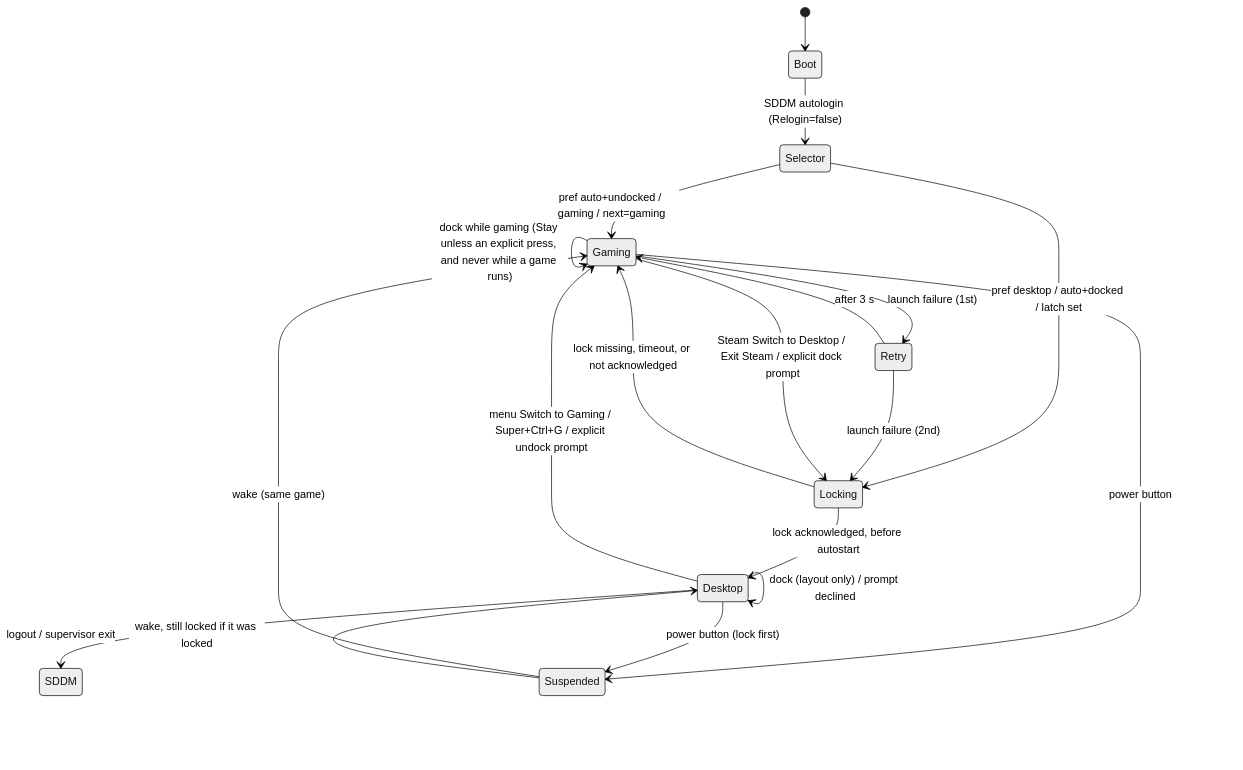
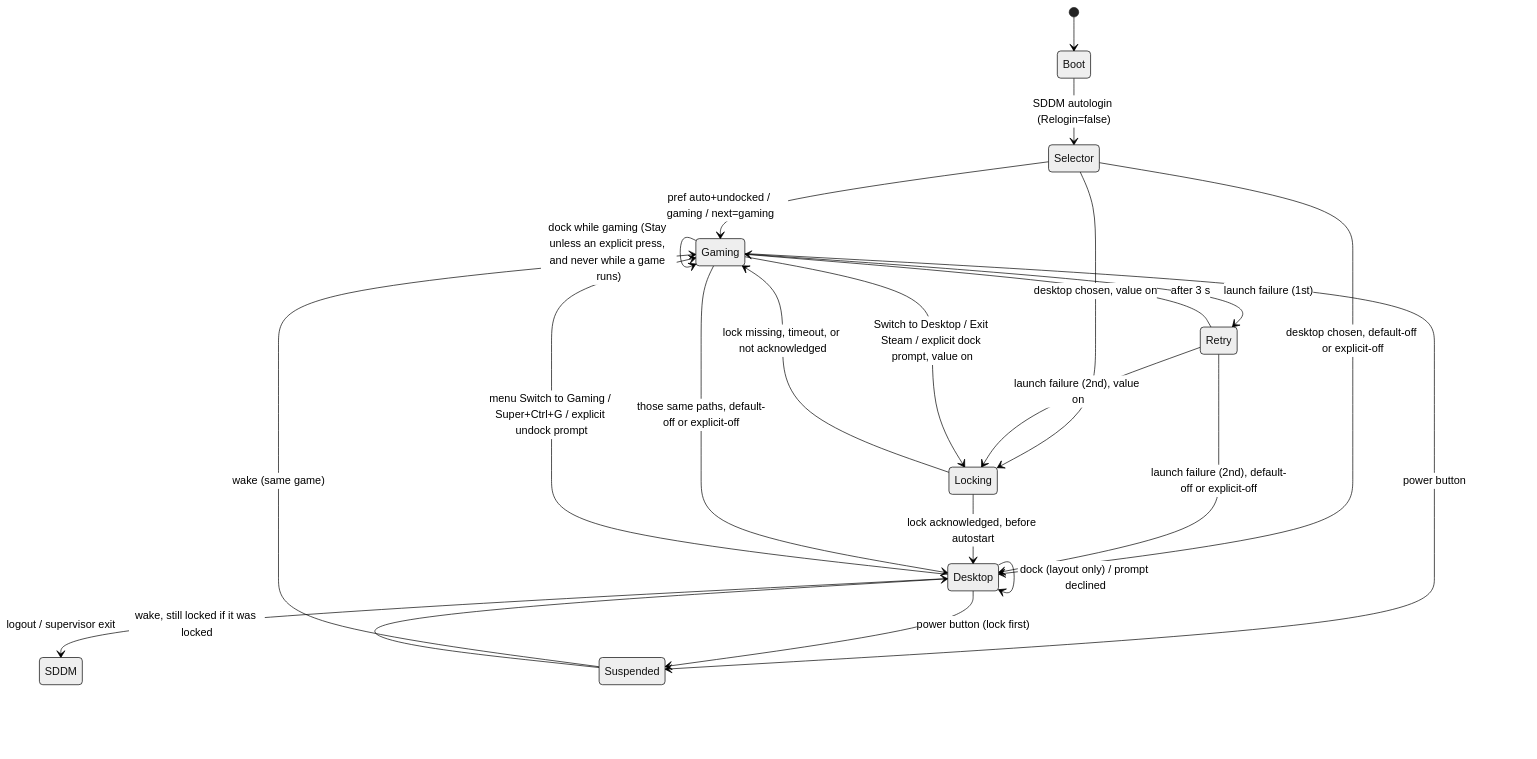
One commit to DanielJBurbridge/omarchy changed the diagram in docs/handheld/02-mode-switch-and-dock.md. Above: the diagram before and after it, drawn with Mermaid (neutral theme). The commit also changed other lines of this file and 2 other files, not shown here.

First line of the commit message:
Ship handheld desktop-lock off until the touch keyboard

````diff
--- a/docs/handheld/02-mode-switch-and-dock.md
+++ b/docs/handheld/02-mode-switch-and-dock.md
@@ -252,21 +263,24 @@
 ```mermaid
 stateDiagram-v2
     [*] --> Boot
     Boot --> Selector: SDDM autologin (Relogin=false)
     Selector --> Gaming: pref auto+undocked / gaming / next=gaming
-    Selector --> Locking: pref desktop / auto+docked / latch set
+    Selector --> Locking: desktop chosen, value on
+    Selector --> Desktop: desktop chosen, default-off or explicit-off
     Gaming --> Retry: launch failure (1st)
     Retry --> Gaming: after 3 s
-    Retry --> Locking: launch failure (2nd)
+    Retry --> Locking: launch failure (2nd), value on
+    Retry --> Desktop: launch failure (2nd), default-off or explicit-off
     Locking --> Desktop: lock acknowledged, before autostart
     Locking --> Gaming: lock missing, timeout, or not acknowledged
-    Gaming --> Locking: Steam Switch to Desktop / Exit Steam / explicit dock prompt
+    Gaming --> Locking: Switch to Desktop / Exit Steam / explicit dock prompt, value on
+    Gaming --> Desktop: those same paths, default-off or explicit-off
     Desktop --> Gaming: menu Switch to Gaming / Super+Ctrl+G / explicit undock prompt
     Gaming --> Gaming: dock while gaming (Stay unless an explicit press, and never while a game runs)
     Desktop --> Desktop: dock (layout only) / prompt declined
     Desktop --> SDDM: logout / supervisor exit
     Gaming --> Suspended: power button
     Suspended --> Gaming: wake (same game)
     Desktop --> Suspended: power button (lock first)
     Suspended --> Desktop: wake, still locked if it was locked
 ```
````
